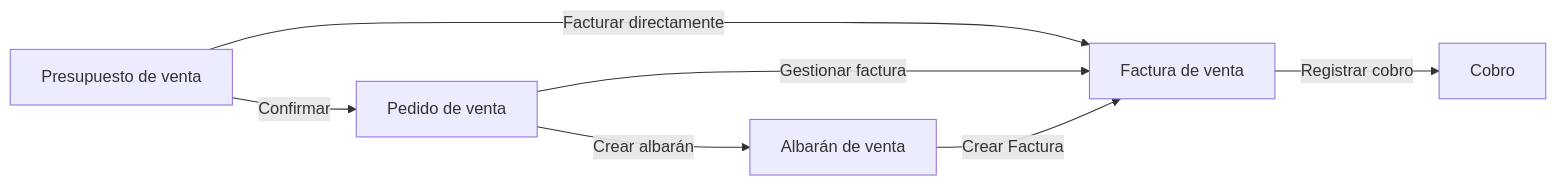
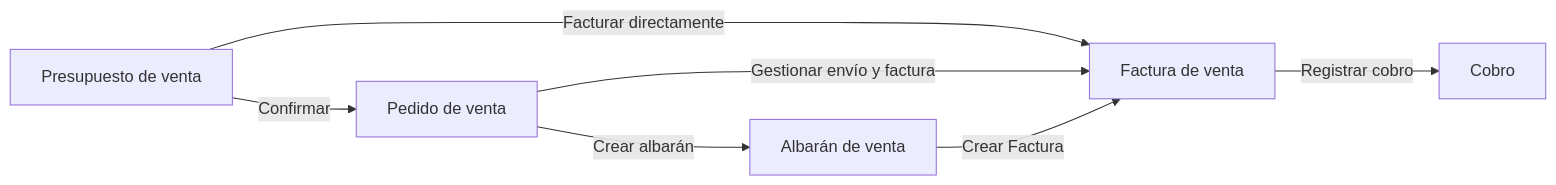
Before and after one commit to etendosoftware/etendo-go-docs: the diagram in docs/es/comercial/ventas/que-es-la-seccion-ventas/que-es-la-seccion-ventas.md, drawn with Mermaid. The commit also changed 39 other files, not shown here.

````diff
--- a/docs/es/comercial/ventas/que-es-la-seccion-ventas/que-es-la-seccion-ventas.md
+++ b/docs/es/comercial/ventas/que-es-la-seccion-ventas/que-es-la-seccion-ventas.md
@@ -18,9 +18,9 @@
 ```mermaid
 flowchart LR
   A[Presupuesto de venta] -->|Confirmar| B[Pedido de venta]
   A -->|Facturar directamente| D[Factura de venta]
   B -->|Crear albarán| C[Albarán de venta]
-  B -->|Gestionar factura| D
+  B -->|Gestionar envío y factura| D
   C -->|Crear Factura| D
   D -->|Registrar cobro| E[Cobro]
 ```
````
